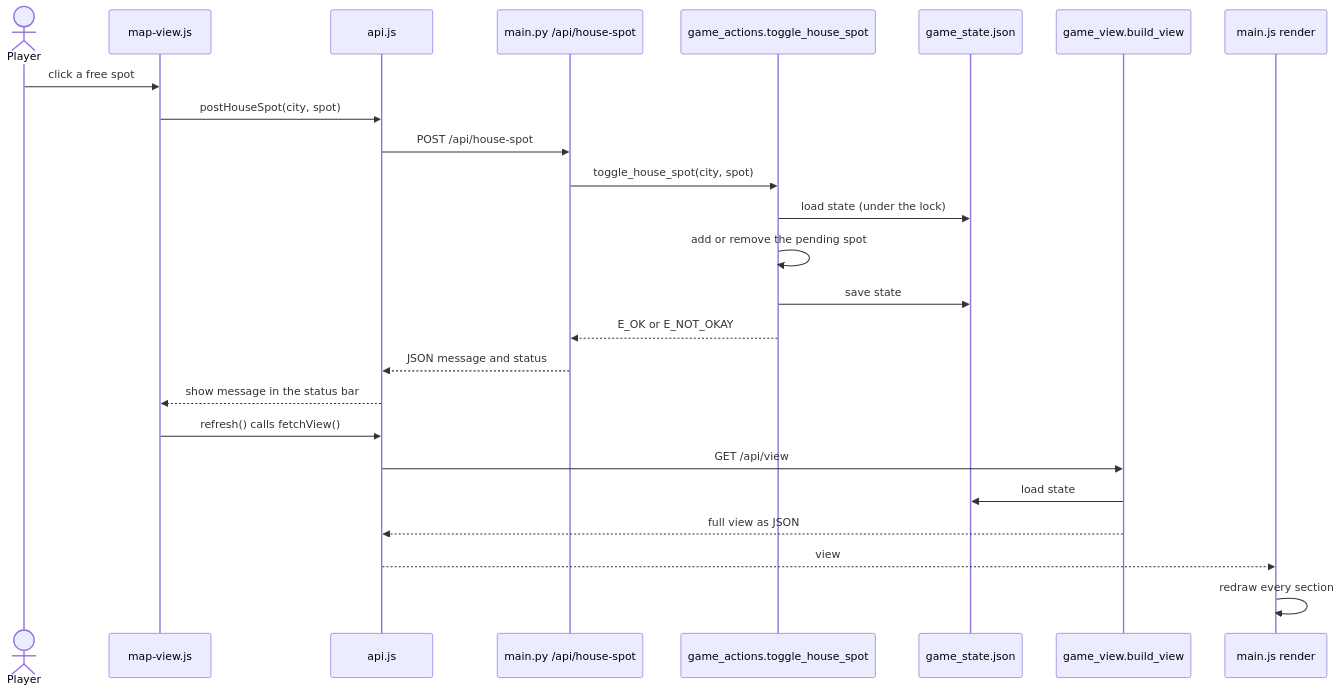
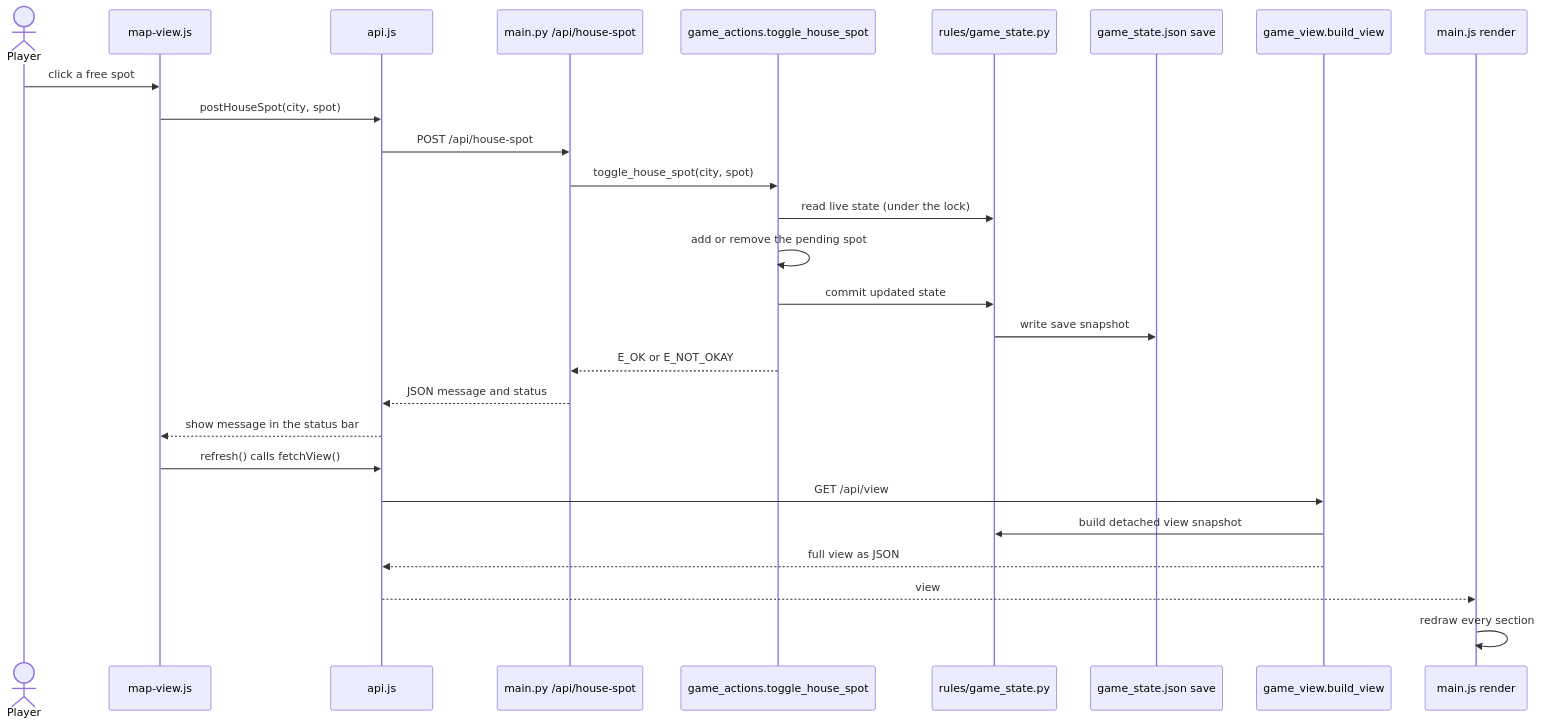
The diagram in docs/diagrams/04-click-house-spot.md (runnindrk/power-grid), drawn with Mermaid before and after one commit. The commit also changed 17 other files, not shown here.

````diff
--- a/docs/diagrams/04-click-house-spot.md
+++ b/docs/diagrams/04-click-house-spot.md
@@ -5,28 +5,30 @@
 ```mermaid
 sequenceDiagram
     actor Player
     participant Map as map-view.js
     participant Api as api.js
     participant Route as main.py /api/house-spot
     participant Actions as game_actions.toggle_house_spot
-    participant File as game_state.json
+    participant State as rules/game_state.py
+    participant Save as game_state.json save
     participant View as game_view.build_view
     participant Page as main.js render
 
     Player->>Map: click a free spot
     Map->>Api: postHouseSpot(city, spot)
     Api->>Route: POST /api/house-spot
     Route->>Actions: toggle_house_spot(city, spot)
-    Actions->>File: load state (under the lock)
+    Actions->>State: read live state (under the lock)
     Actions->>Actions: add or remove the pending spot
-    Actions->>File: save state
+    Actions->>State: commit updated state
+    State->>Save: write save snapshot
     Actions-->>Route: E_OK or E_NOT_OKAY
     Route-->>Api: JSON message and status
     Api-->>Map: show message in the status bar
     Map->>Api: refresh() calls fetchView()
     Api->>View: GET /api/view
-    View->>File: load state
+    View->>State: build detached view snapshot
     View-->>Api: full view as JSON
     Api-->>Page: view
     Page->>Page: redraw every section
 ```
````
